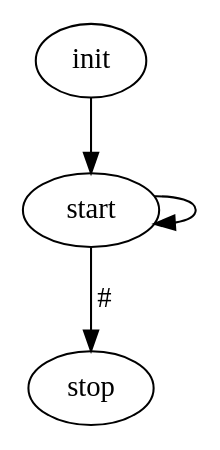
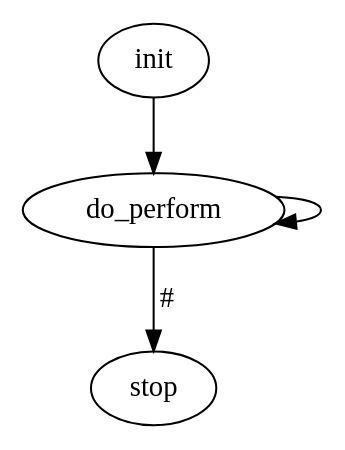
Before and after one commit to pbosetti/gv_fsm: the diagram in simple.dot, drawn with Graphviz. The commit also changed 3 other files, not shown here.

```diff
--- a/simple.dot
+++ b/simple.dot
@@ -1,5 +1,6 @@
 digraph "simple" {
-  init -> start
-  start -> start
-  start -> stop [label="#"]
+  run [label = "do_perform"]
+  init -> run
+  run -> run
+  run -> stop [label="#"]
 }
```
